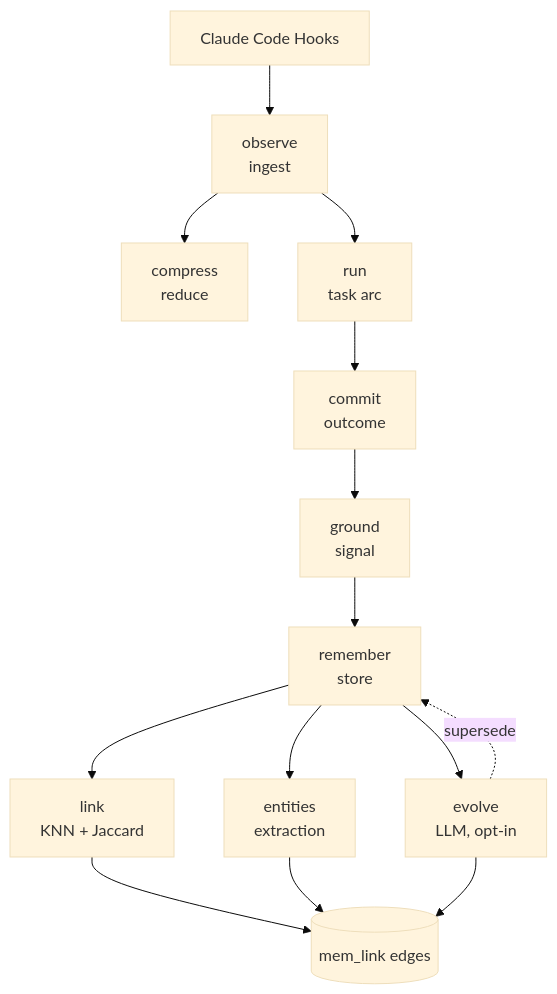
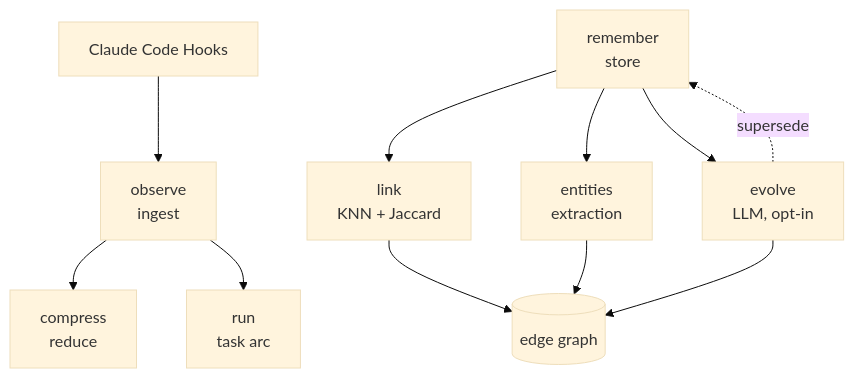
One commit to arriqaaq/hifz changed the first of 2 diagrams in ARCHITECTURE.md. Above: the diagram before and after it, drawn with Mermaid (base theme). The commit also changed other lines of this file and 23 other files, not shown here.

````diff
--- a/ARCHITECTURE.md
+++ b/ARCHITECTURE.md
@@ -5,16 +5,13 @@
 ```mermaid
 flowchart TD
     hooks[Claude Code Hooks] --> observe[observe\ningest]
     observe --> compress[compress\nreduce]
     observe --> run[run\ntask arc]
-    run --> commit[commit\noutcome]
-    commit --> ground[ground\nsignal]
-    ground --> remember[remember\nstore]
-    remember --> link[link\nKNN + Jaccard]
+    remember[remember\nstore] --> link[link\nKNN + Jaccard]
     remember --> entities[entities\nextraction]
     remember --> evolve[evolve\nLLM, opt-in]
     evolve -.->|supersede| remember
-    link --> mem_link[(mem_link edges)]
-    entities --> mem_link
-    evolve --> mem_link
+    link --> edge[(edge graph)]
+    entities --> edge
+    evolve --> edge
 ```
````
